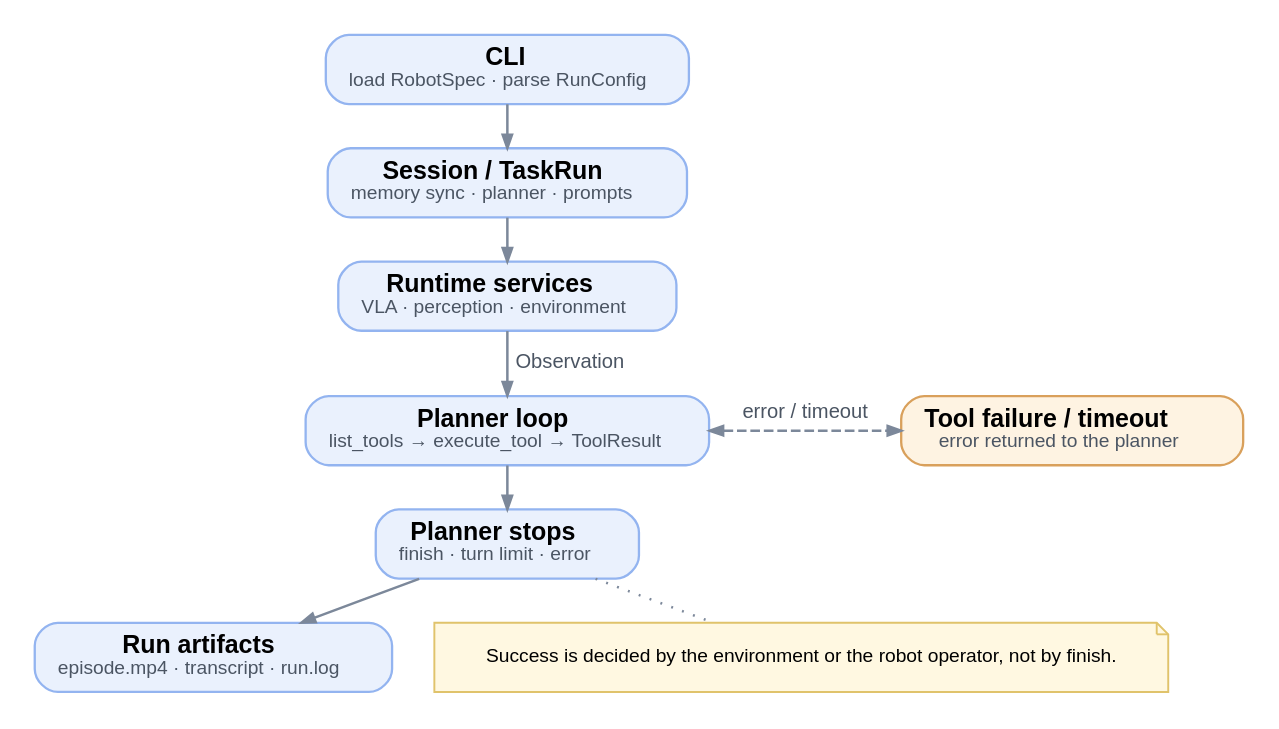
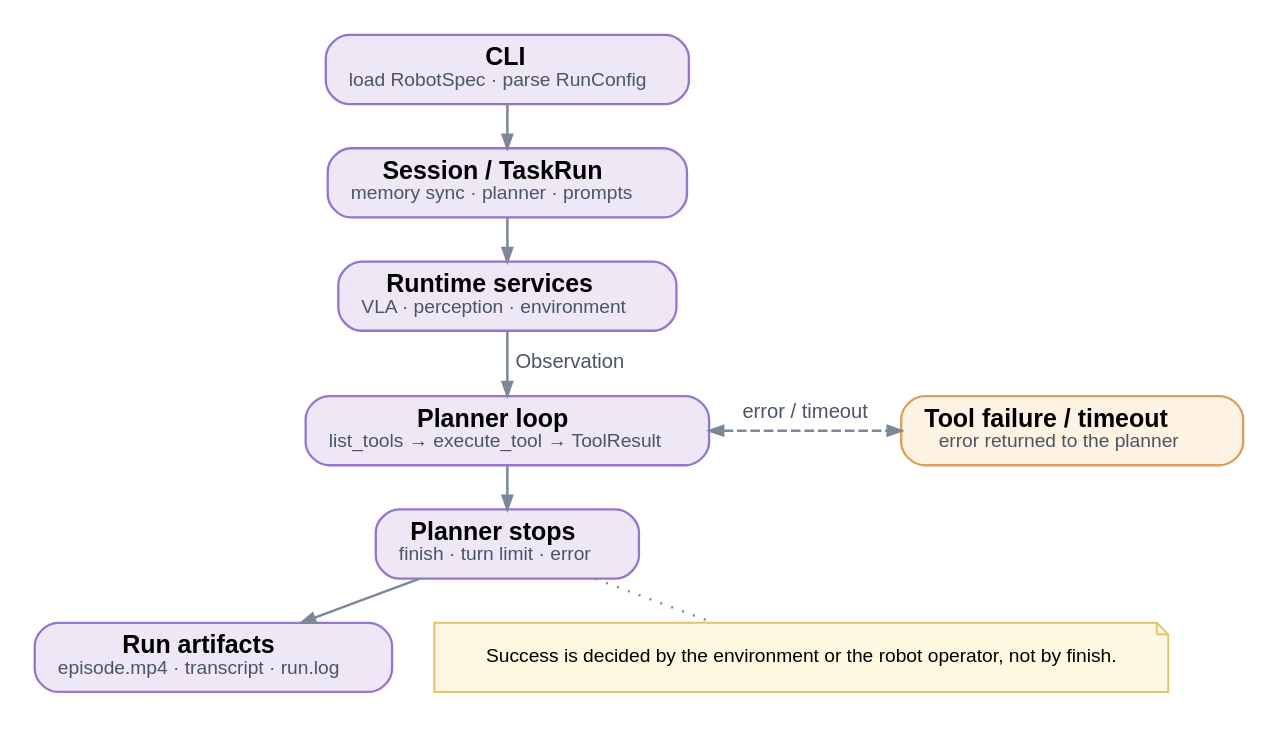
The diagram in docs/_diagrams/execution-flow-en.dot (qurakchin/RPent), drawn with Graphviz before and after one commit. The commit also changed 91 other files, not shown here.

```diff
--- a/docs/_diagrams/execution-flow-en.dot
+++ b/docs/_diagrams/execution-flow-en.dot
@@ -1,29 +1,29 @@
 digraph flow {
   graph [rankdir=TB, splines=spline, nodesep=0.30, ranksep=0.30, pad=0.15,
          fontname="Helvetica", bgcolor="white"];
   node [shape=box, style="rounded,filled", fontname="Helvetica", fontsize=12,
-        margin="0.16,0.09", penwidth=1.2, fillcolor="#eaf1fd",
-        color="#93b4f0"];
+        margin="0.16,0.09", penwidth=1.2, fillcolor="#ede7f6",
+        color="#9575cd"];
   edge [color="#7c889a", penwidth=1.3, arrowsize=0.7, fontname="Helvetica",
         fontsize=10.5, fontcolor="#4b5563"];
 
-  f_cli [label=<<FONT POINT-SIZE="13"><B>CLI</B></FONT><BR/><FONT POINT-SIZE="10" COLOR="#4b5563">load RobotSpec · parse RunConfig</FONT>>, fillcolor="#eaf1fd", color="#93b4f0"];
-  f_session [label=<<FONT POINT-SIZE="13"><B>Session / TaskRun</B></FONT><BR/><FONT POINT-SIZE="10" COLOR="#4b5563">memory sync · planner · prompts</FONT>>, fillcolor="#eaf1fd", color="#93b4f0"];
-  f_services [label=<<FONT POINT-SIZE="13"><B>Runtime services</B></FONT><BR/><FONT POINT-SIZE="10" COLOR="#4b5563">VLA · perception · environment</FONT>>, fillcolor="#eaf1fd", color="#93b4f0"];
-  f_loop [label=<<FONT POINT-SIZE="13"><B>Planner loop</B></FONT><BR/><FONT POINT-SIZE="10" COLOR="#4b5563">list_tools → execute_tool → ToolResult</FONT>>, fillcolor="#eaf1fd", color="#93b4f0"];
-  f_end [label=<<FONT POINT-SIZE="13"><B>Planner stops</B></FONT><BR/><FONT POINT-SIZE="10" COLOR="#4b5563">finish · turn limit · error</FONT>>, fillcolor="#eaf1fd", color="#93b4f0"];
-  f_result [label=<<FONT POINT-SIZE="13"><B>Run artifacts</B></FONT><BR/><FONT POINT-SIZE="10" COLOR="#4b5563">episode.mp4 · transcript · run.log</FONT>>, fillcolor="#eaf1fd", color="#93b4f0"];
+  f_cli [label=<<FONT POINT-SIZE="13"><B>CLI</B></FONT><BR/><FONT POINT-SIZE="10" COLOR="#4b5563">load RobotSpec · parse RunConfig</FONT>>, fillcolor="#ede7f6", color="#9575cd"];
+  f_session [label=<<FONT POINT-SIZE="13"><B>Session / TaskRun</B></FONT><BR/><FONT POINT-SIZE="10" COLOR="#4b5563">memory sync · planner · prompts</FONT>>, fillcolor="#ede7f6", color="#9575cd"];
+  f_services [label=<<FONT POINT-SIZE="13"><B>Runtime services</B></FONT><BR/><FONT POINT-SIZE="10" COLOR="#4b5563">VLA · perception · environment</FONT>>, fillcolor="#ede7f6", color="#9575cd"];
+  f_loop [label=<<FONT POINT-SIZE="13"><B>Planner loop</B></FONT><BR/><FONT POINT-SIZE="10" COLOR="#4b5563">list_tools → execute_tool → ToolResult</FONT>>, fillcolor="#ede7f6", color="#9575cd"];
+  f_end [label=<<FONT POINT-SIZE="13"><B>Planner stops</B></FONT><BR/><FONT POINT-SIZE="10" COLOR="#4b5563">finish · turn limit · error</FONT>>, fillcolor="#ede7f6", color="#9575cd"];
+  f_result [label=<<FONT POINT-SIZE="13"><B>Run artifacts</B></FONT><BR/><FONT POINT-SIZE="10" COLOR="#4b5563">episode.mp4 · transcript · run.log</FONT>>, fillcolor="#ede7f6", color="#9575cd"];
   f_cli -> f_session;
   f_session -> f_services;
   f_services -> f_loop [label="Observation"];
   f_loop -> f_end;
   f_end -> f_result;
   {rank=same; f_loop; f_fail;}
   f_loop -> f_fail [dir=both, label="error / timeout", style=dashed,
                     constraint=false];
   f_note [label="Success is decided by the environment or the robot operator, not by finish.", shape=note, style="filled",
           fillcolor="#fff8e1", color="#e0c36b", fontsize=10, margin="0.12,0.08",
           penwidth=1.0];
   f_end -> f_note [style=dotted, arrowhead=none];
   f_fail [label=<<FONT POINT-SIZE="13"><B>Tool failure / timeout</B></FONT><BR/><FONT POINT-SIZE="10" COLOR="#4b5563">error returned to the planner</FONT>>, fillcolor="#fef3e2", color="#d9a05b"];
 }
```
